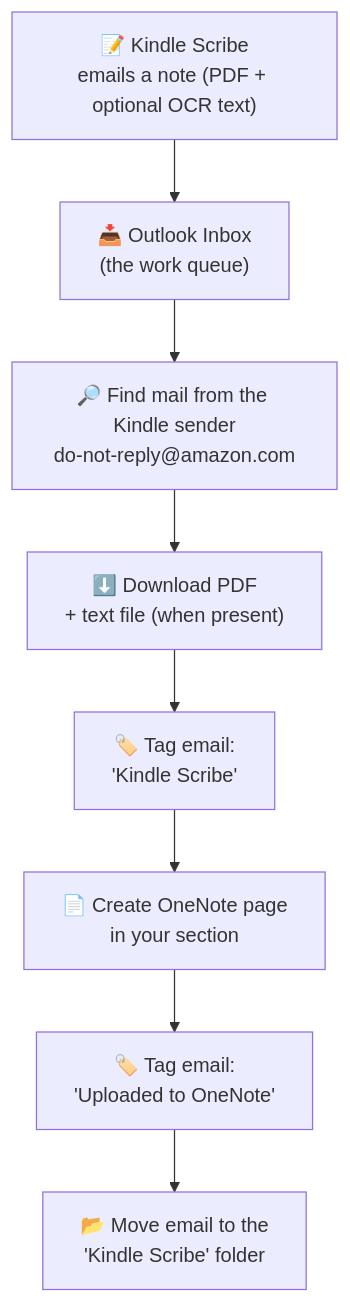
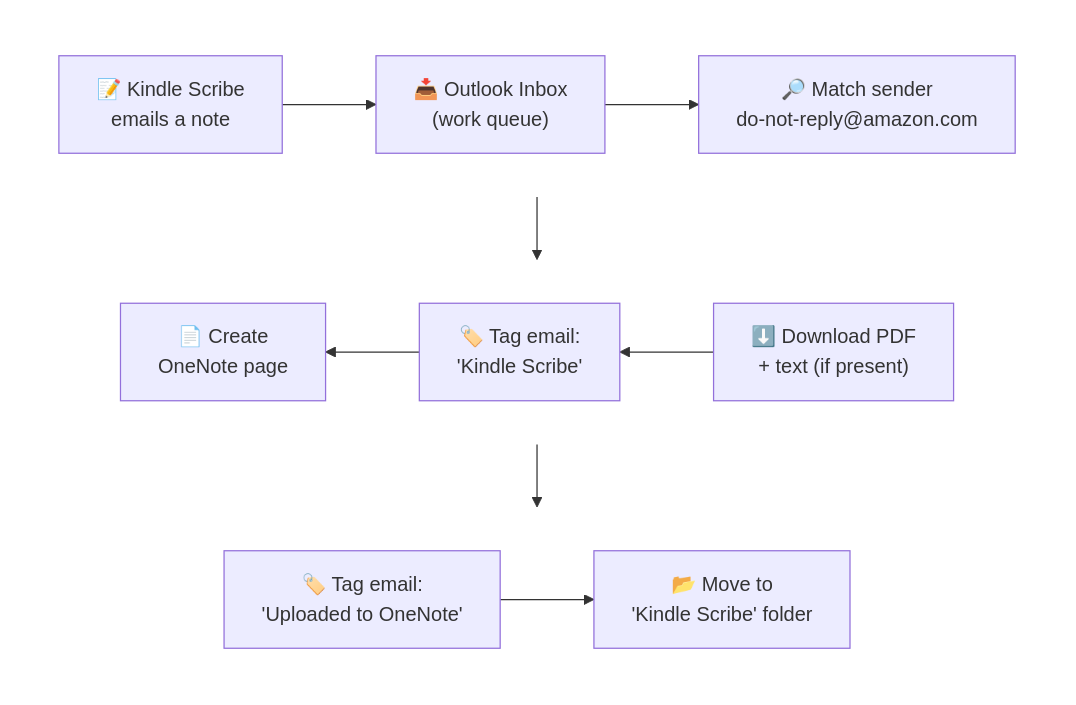
The diagram in README.md (Mcp20091/scribe-to-onenote), drawn with Mermaid before and after one commit.

Commit message:
Lay out the workflow diagram as a serpentine (snake) flow
Use per-row subgraphs with alternating LR/RL directions so the pipeline reads
left-to-right, drops down, then right-to-left, etc. -- more compact and avoids
a long vertical scroll. Subgraph borders hidden.

````diff
--- a/README.md
+++ b/README.md
@@ -27,13 +27,20 @@
 ```mermaid
-flowchart TD
-    K["📝 Kindle Scribe<br/>emails a note (PDF + optional OCR text)"]
-    I["📥 Outlook Inbox<br/>(the work queue)"]
-    F["🔎 Find mail from the Kindle sender<br/>do-not-reply@amazon.com"]
-    D["⬇️ Download PDF<br/>+ text file (when present)"]
-    T1["🏷️ Tag email:<br/>'Kindle Scribe'"]
-    P["📄 Create OneNote page<br/>in your section"]
-    T2["🏷️ Tag email:<br/>'Uploaded to OneNote'"]
-    M["📂 Move email to the<br/>'Kindle Scribe' folder"]
-
-    K --> I --> F --> D --> T1 --> P --> T2 --> M
+flowchart TB
+    subgraph r1 [" "]
+        direction LR
+        K["📝 Kindle Scribe<br/>emails a note"] --> I["📥 Outlook Inbox<br/>(work queue)"] --> F["🔎 Match sender<br/>do-not-reply@amazon.com"]
+    end
+    subgraph r2 [" "]
+        direction RL
+        D["⬇️ Download PDF<br/>+ text (if present)"] --> T1["🏷️ Tag email:<br/>'Kindle Scribe'"] --> P["📄 Create<br/>OneNote page"]
+    end
+    subgraph r3 [" "]
+        direction LR
+        T2["🏷️ Tag email:<br/>'Uploaded to OneNote'"] --> M["📂 Move to<br/>'Kindle Scribe' folder"]
+    end
+    F --> D
+    P --> T2
+    style r1 fill:none,stroke:none
+    style r2 fill:none,stroke:none
+    style r3 fill:none,stroke:none
 ```
````
